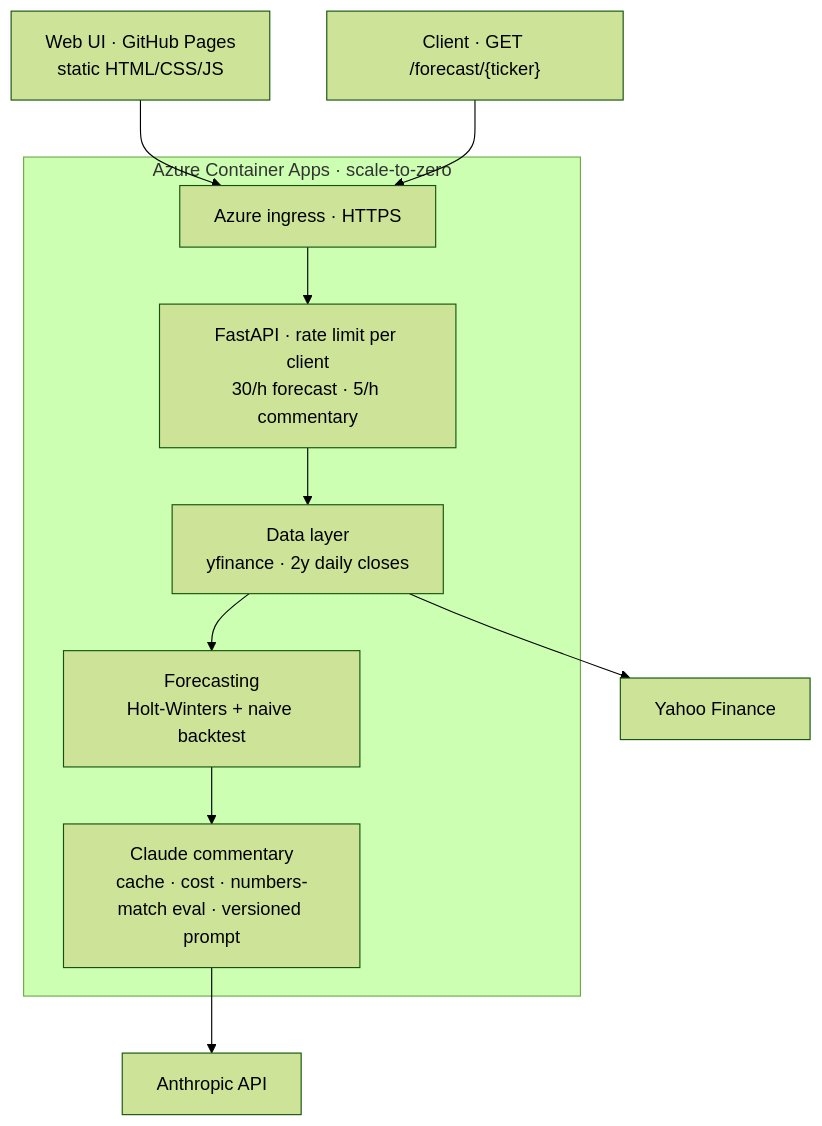
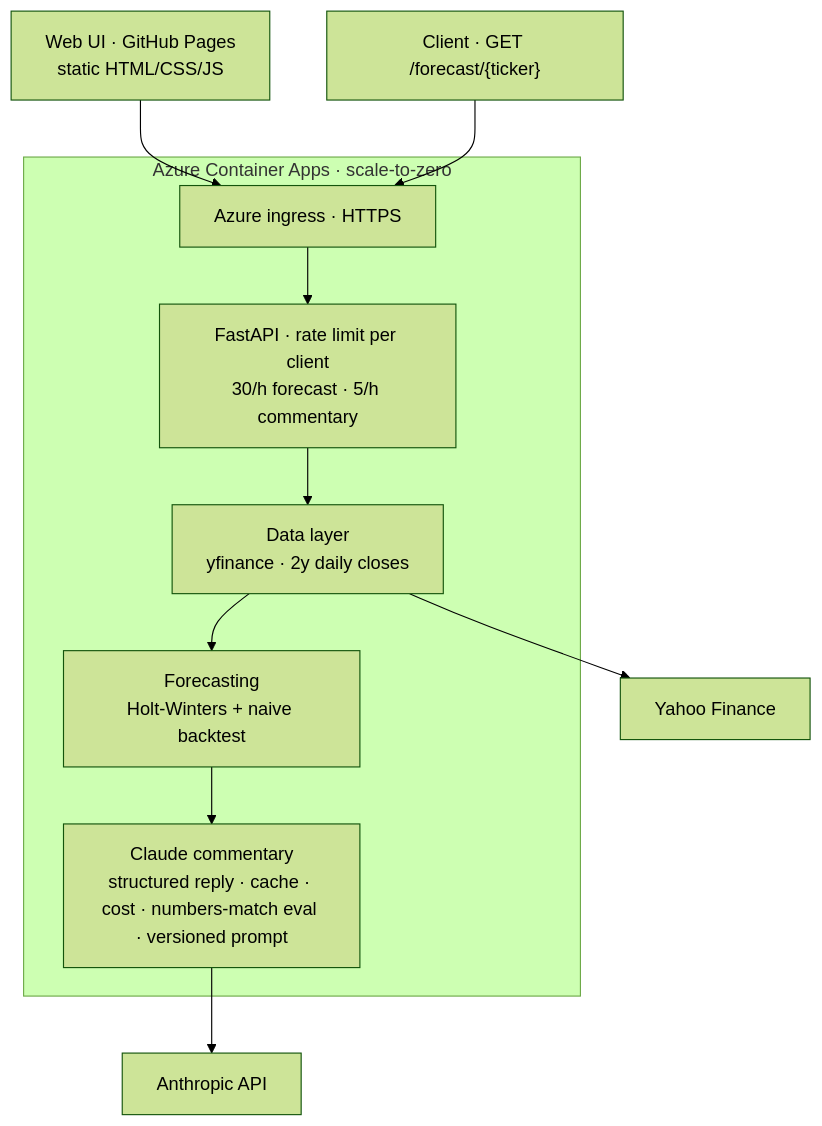
The first of 2 diagrams in README.md (timur-us/forecastpilot), drawn with Mermaid (forest theme) before and after one commit. The commit also changed other lines of this file, not shown here.

````diff
--- a/README.md
+++ b/README.md
@@ -31,13 +31,13 @@
 ```mermaid
 flowchart TB
     W["Web UI · GitHub Pages<br/>static HTML/CSS/JS"] --> I
     C["Client · GET /forecast/{ticker}"] --> I
     subgraph ACA["Azure Container Apps · scale-to-zero"]
         I["Azure ingress · HTTPS"] --> R["FastAPI · rate limit per client<br/>30/h forecast · 5/h commentary"]
         R --> D["Data layer<br/>yfinance · 2y daily closes"]
         D --> F["Forecasting<br/>Holt-Winters + naive backtest"]
-        F --> L["Claude commentary<br/>cache · cost · numbers-match eval · versioned prompt"]
+        F --> L["Claude commentary<br/>structured reply · cache · cost · numbers-match eval · versioned prompt"]
     end
     D --> Y["Yahoo Finance"]
     L --> A["Anthropic API"]
 ```
````
